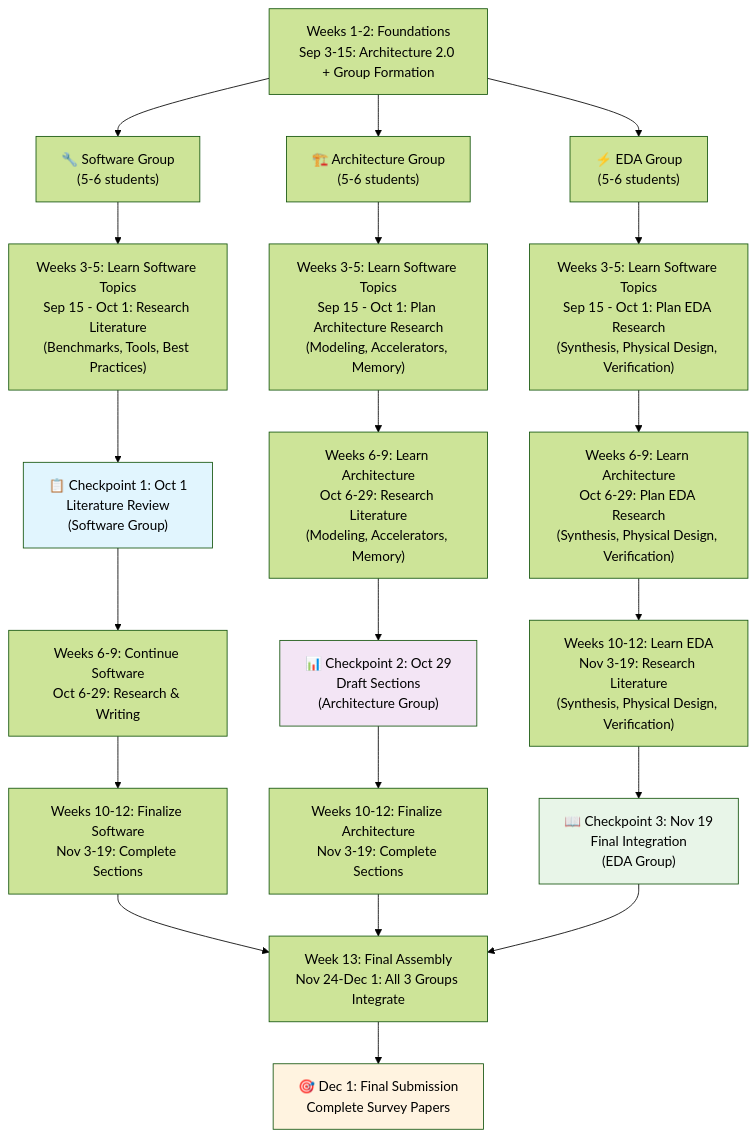
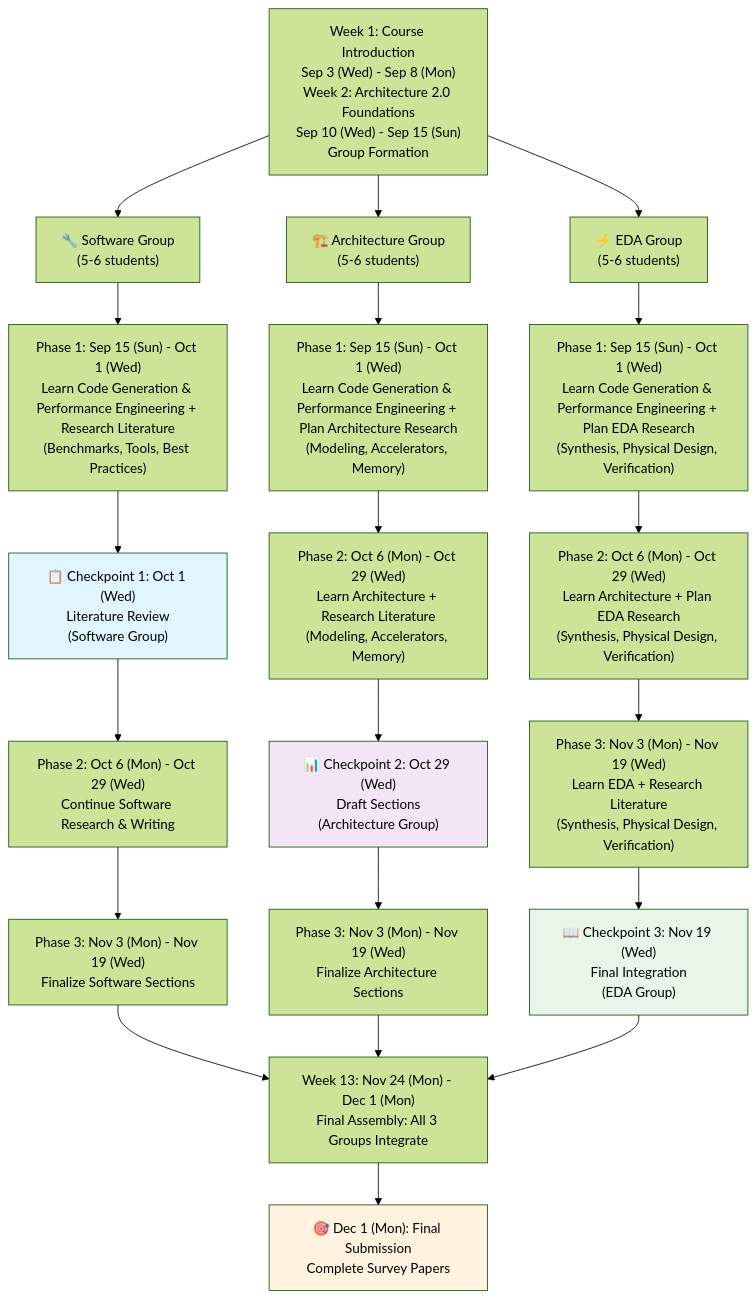
The third of 3 diagrams in course/project.md (harvard-edge/cs249r_fall2025), drawn with Mermaid (forest theme) before and after one commit. The commit also changed other lines of this file, not shown here.

Commit message:
Update project timeline to reflect correct course structure
- Week 1: Course Introduction (Sep 3-8)
- Week 2: Architecture 2.0 Foundations (Sep 10-15)
- Phase 1: Code Generation & Performance Engineering (Sep 15 onwards)
- Updated flowchart and pipeline logic to match schedule

```diff
--- a/course/project.md
+++ b/course/project.md
@@ -145,35 +145,35 @@
 <div class="mermaid">
 flowchart TD
-    A["Weeks 1-2: Foundations<br/>Sep 3-15: Architecture 2.0 + Group Formation"] --> B["🔧 Software Group<br/>(5-6 students)"]
+    A["Week 1: Course Introduction<br/>Sep 3 (Wed) - Sep 8 (Mon)<br/>Week 2: Architecture 2.0 Foundations<br/>Sep 10 (Wed) - Sep 15 (Sun)<br/>Group Formation"] --> B["🔧 Software Group<br/>(5-6 students)"]
     A --> C["🏗️ Architecture Group<br/>(5-6 students)"]
     A --> D["⚡ EDA Group<br/>(5-6 students)"]
     
-    B --> E["Weeks 3-5: Learn Software Topics<br/>Sep 15 - Oct 1: Research Literature<br/>(Benchmarks, Tools, Best Practices)"]
-    C --> F["Weeks 3-5: Learn Software Topics<br/>Sep 15 - Oct 1: Plan Architecture Research<br/>(Modeling, Accelerators, Memory)"]
-    D --> G["Weeks 3-5: Learn Software Topics<br/>Sep 15 - Oct 1: Plan EDA Research<br/>(Synthesis, Physical Design, Verification)"]
+    B --> E["Phase 1: Sep 15 (Sun) - Oct 1 (Wed)<br/>Learn Code Generation & Performance Engineering + Research Literature<br/>(Benchmarks, Tools, Best Practices)"]
+    C --> F["Phase 1: Sep 15 (Sun) - Oct 1 (Wed)<br/>Learn Code Generation & Performance Engineering + Plan Architecture Research<br/>(Modeling, Accelerators, Memory)"]
+    D --> G["Phase 1: Sep 15 (Sun) - Oct 1 (Wed)<br/>Learn Code Generation & Performance Engineering + Plan EDA Research<br/>(Synthesis, Physical Design, Verification)"]
     
-    E --> H["📋 Checkpoint 1: Oct 1<br/>Literature Review<br/>(Software Group)"]
+    E --> H["📋 Checkpoint 1: Oct 1 (Wed)<br/>Literature Review<br/>(Software Group)"]
     
-    F --> I["Weeks 6-9: Learn Architecture<br/>Oct 6-29: Research Literature<br/>(Modeling, Accelerators, Memory)"]
-    G --> J["Weeks 6-9: Learn Architecture<br/>Oct 6-29: Plan EDA Research<br/>(Synthesis, Physical Design, Verification)"]
-    H --> K["Weeks 6-9: Continue Software<br/>Oct 6-29: Research & Writing"]
+    F --> I["Phase 2: Oct 6 (Mon) - Oct 29 (Wed)<br/>Learn Architecture + Research Literature<br/>(Modeling, Accelerators, Memory)"]
+    G --> J["Phase 2: Oct 6 (Mon) - Oct 29 (Wed)<br/>Learn Architecture + Plan EDA Research<br/>(Synthesis, Physical Design, Verification)"]
+    H --> K["Phase 2: Oct 6 (Mon) - Oct 29 (Wed)<br/>Continue Software Research & Writing"]
     
-    I --> L["📊 Checkpoint 2: Oct 29<br/>Draft Sections<br/>(Architecture Group)"]
+    I --> L["📊 Checkpoint 2: Oct 29 (Wed)<br/>Draft Sections<br/>(Architecture Group)"]
     
-    J --> M["Weeks 10-12: Learn EDA<br/>Nov 3-19: Research Literature<br/>(Synthesis, Physical Design, Verification)"]
-    K --> N["Weeks 10-12: Finalize Software<br/>Nov 3-19: Complete Sections"]
-    L --> O["Weeks 10-12: Finalize Architecture<br/>Nov 3-19: Complete Sections"]
+    J --> M["Phase 3: Nov 3 (Mon) - Nov 19 (Wed)<br/>Learn EDA + Research Literature<br/>(Synthesis, Physical Design, Verification)"]
+    K --> N["Phase 3: Nov 3 (Mon) - Nov 19 (Wed)<br/>Finalize Software Sections"]
+    L --> O["Phase 3: Nov 3 (Mon) - Nov 19 (Wed)<br/>Finalize Architecture Sections"]
     
-    M --> P["📖 Checkpoint 3: Nov 19<br/>Final Integration<br/>(EDA Group)"]
+    M --> P["📖 Checkpoint 3: Nov 19 (Wed)<br/>Final Integration<br/>(EDA Group)"]
     
-    N --> Q["Week 13: Final Assembly<br/>Nov 24-Dec 1: All 3 Groups Integrate"]
+    N --> Q["Week 13: Nov 24 (Mon) - Dec 1 (Mon)<br/>Final Assembly: All 3 Groups Integrate"]
     O --> Q
     P --> Q
     
-    Q --> R["🎯 Dec 1: Final Submission<br/>Complete Survey Papers"]
+    Q --> R["🎯 Dec 1 (Mon): Final Submission<br/>Complete Survey Papers"]
     
     style H fill:#e1f5fe
     style L fill:#f3e5f5
     style P fill:#e8f5e8
     style R fill:#fff3e0
 </div>
```
